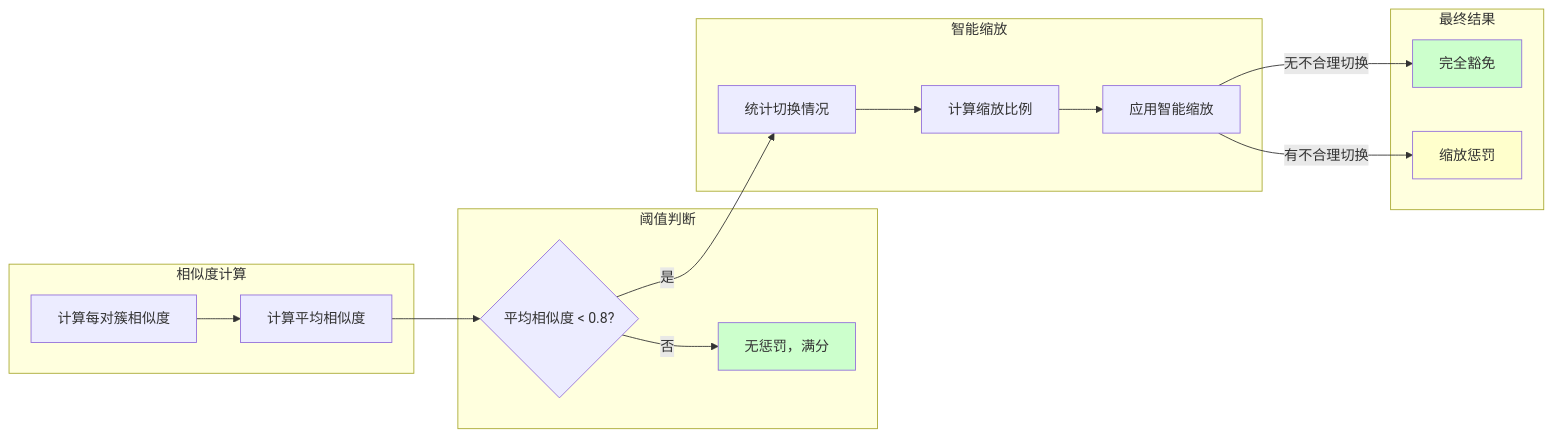
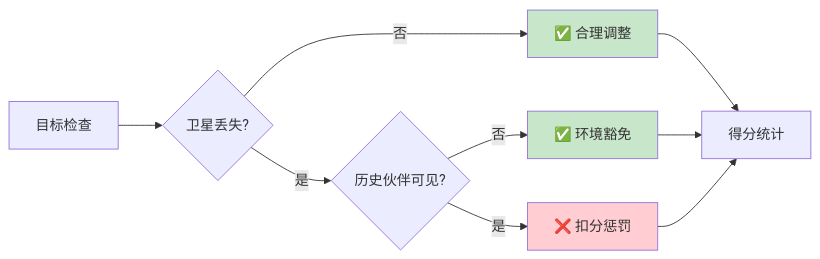
The tenth of 30 diagrams in distill/VALIDATION_REPORT.md (sneiiler/stk_gen), drawn with Mermaid before and after one commit. The commit also changed other lines of this file, not shown here.

````diff
--- a/distill/VALIDATION_REPORT.md
+++ b/distill/VALIDATION_REPORT.md
@@ -302,34 +406,15 @@
 ```mermaid
 graph LR
-    subgraph "相似度计算"
-        A[计算每对簇相似度] --> B[计算平均相似度]
-    end
+    A[目标检查] --> B{卫星丢失?}
+    B -->|否| C[✅ 合理调整]
+    B -->|是| D{历史伙伴可见?}
+    D -->|否| E[✅ 环境豁免]
+    D -->|是| F[❌ 扣分惩罚]
+    C --> G[得分统计]
+    E --> G
+    F --> G
     
-    subgraph "阈值判断"
-        C{平均相似度 < 0.8?}
-        D[无惩罚，满分]
-    end
-    
-    subgraph "智能缩放"
-        E[统计切换情况]
-        F[计算缩放比例]
-        G[应用智能缩放]
-    end
-    
-    subgraph "最终结果"
-        H[完全豁免]
-        I[缩放惩罚]
-    end
-    
-    B --> C
-    C -->|否| D
-    C -->|是| E
-    E --> F
-    F --> G
-    G -->|无不合理切换| H
-    G -->|有不合理切换| I
-    
-    style D fill:#ccffcc
-    style H fill:#ccffcc
-    style I fill:#ffffcc
+    style C fill:#c8e6c9
+    style E fill:#c8e6c9
+    style F fill:#ffcdd2
 ```
````
